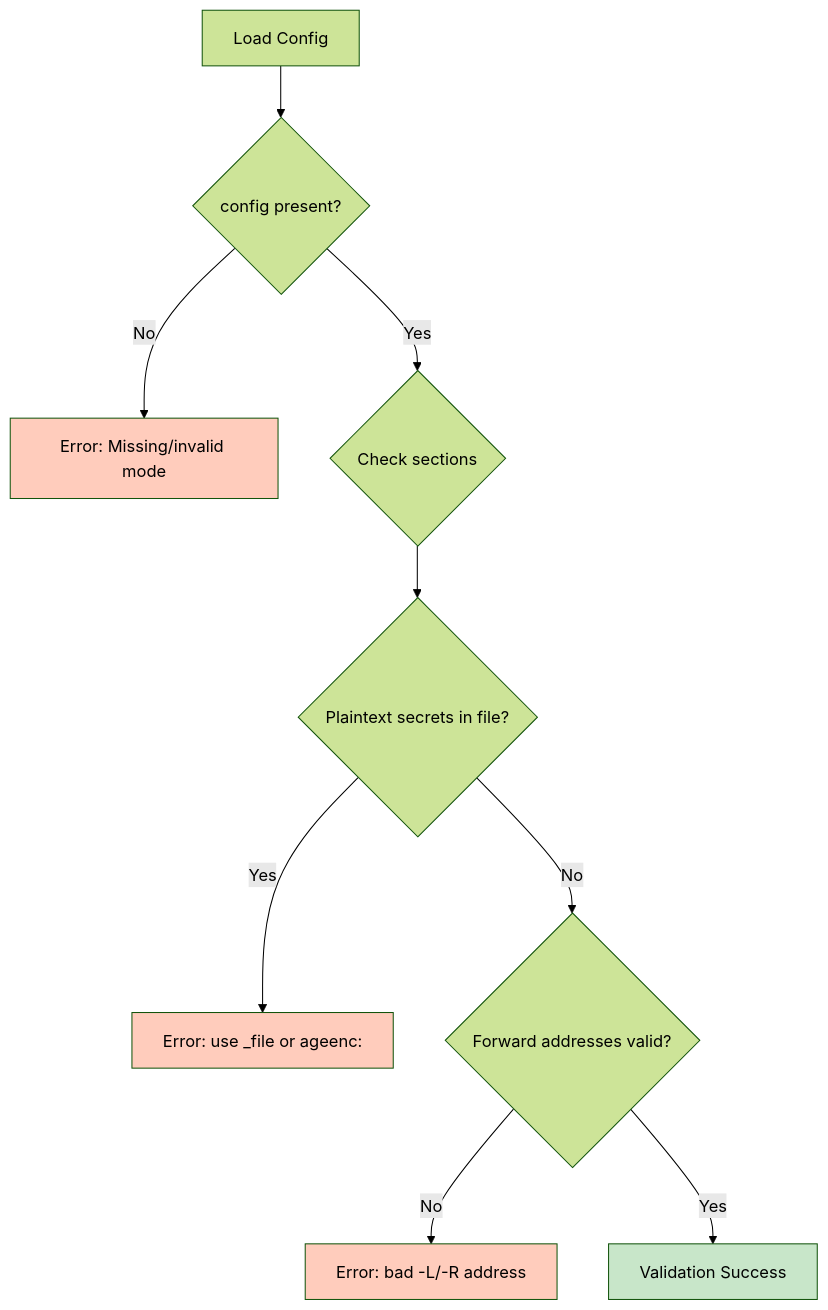
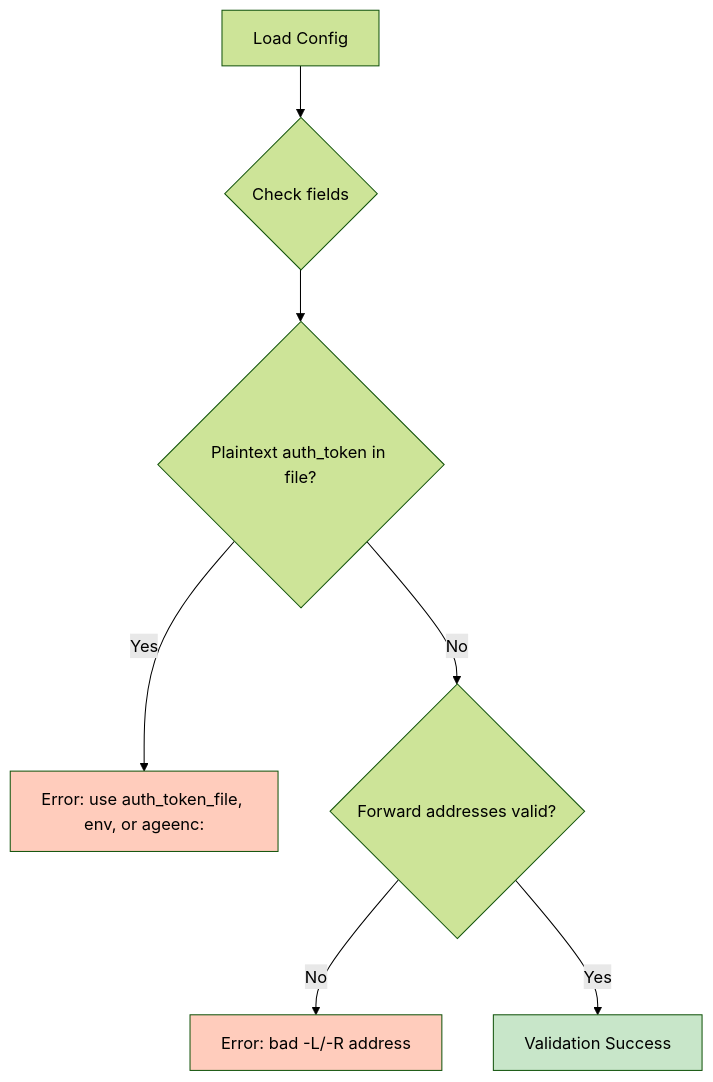
Before and after one commit to andrewtheguy/duopipe: diagram 15 of 25 in docs/ARCHITECTURE.md, drawn with Mermaid (forest theme). The commit also changed other lines of this file and 14 other files, not shown here.

````diff
--- a/docs/ARCHITECTURE.md
+++ b/docs/ARCHITECTURE.md
@@ -594,18 +554,15 @@
 ```mermaid
 graph TB
-    A[Load Config] --> B{config present?}
-    B -->|No| C[Error: Missing/invalid mode]
-    B -->|Yes| F{Check sections}
+    A[Load Config] --> F{Check fields}
 
-    F --> G{Plaintext secrets in file?}
-    G -->|Yes| H[Error: use _file or ageenc:]
+    F --> G{Plaintext auth_token in file?}
+    G -->|Yes| H[Error: use auth_token_file, env, or ageenc:]
     G -->|No| I{Forward addresses valid?}
 
     I -->|No| J[Error: bad -L/-R address]
     I -->|Yes| K[Validation Success]
 
-    style C fill:#FFCCBC
     style H fill:#FFCCBC
     style J fill:#FFCCBC
     style K fill:#C8E6C9
 ```
````
